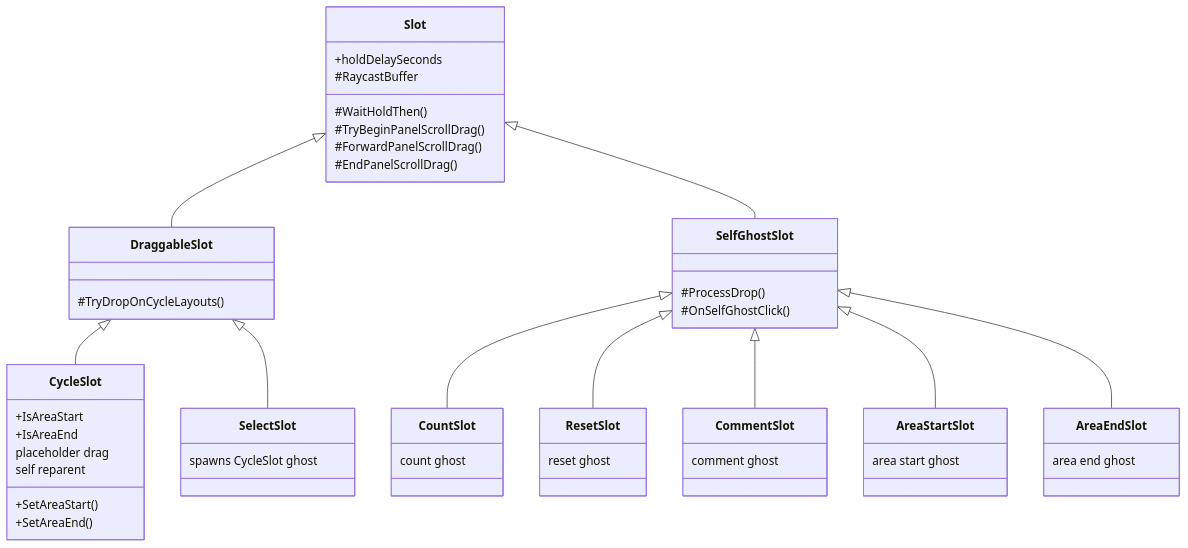
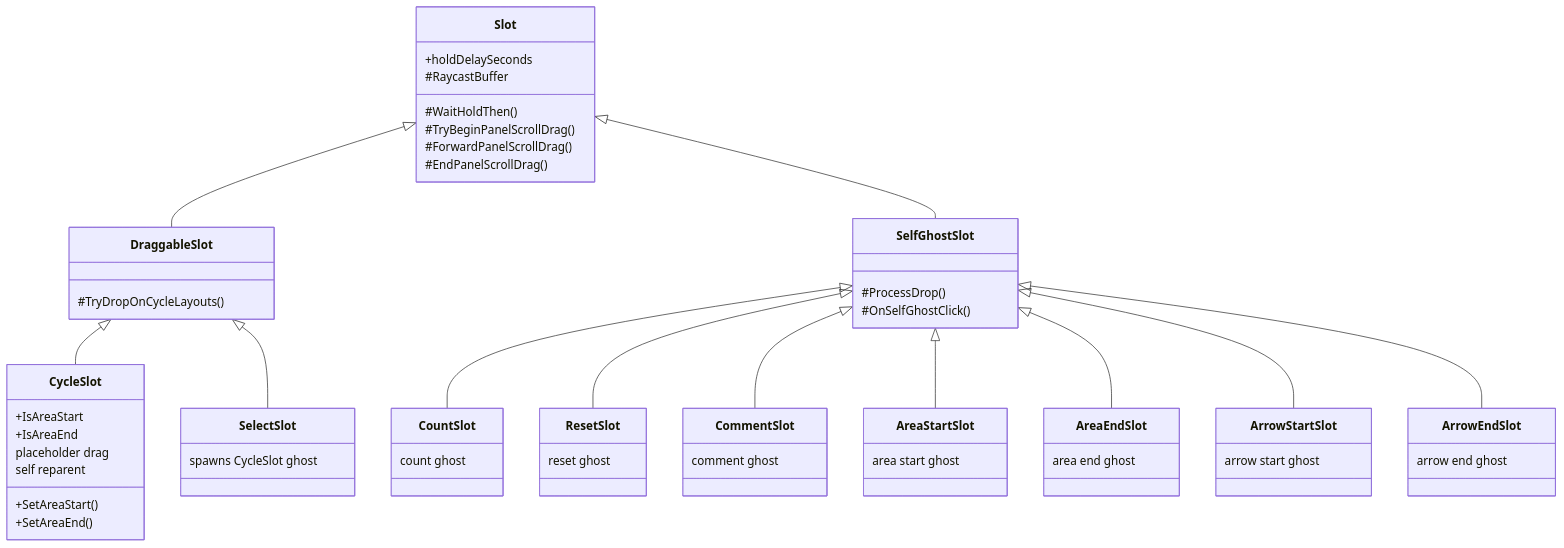
Before and after one commit to KSangMin/CRToA_GuideMaker: the diagram in .ai_context/architecture.md, drawn with Mermaid. The commit also changed other lines of this file and 35 other files, not shown here.

````diff
--- a/.ai_context/architecture.md
+++ b/.ai_context/architecture.md
@@ -11,54 +11,62 @@
 ```mermaid
 classDiagram
     direction TB
   class Slot {
     +holdDelaySeconds
     #WaitHoldThen()
     #TryBeginPanelScrollDrag()
     #ForwardPanelScrollDrag()
     #EndPanelScrollDrag()
     #RaycastBuffer
   }
   class DraggableSlot {
     #TryDropOnCycleLayouts()
   }
   class SelfGhostSlot {
     #ProcessDrop()
     #OnSelfGhostClick()
   }
   class CycleSlot {
     +IsAreaStart
     +IsAreaEnd
     +SetAreaStart()
     +SetAreaEnd()
     placeholder drag
     self reparent
   }
   class SelectSlot {
     spawns CycleSlot ghost
   }
   class CountSlot {
     count ghost
   }
   class ResetSlot {
     reset ghost
   }
   class CommentSlot {
     comment ghost
   }
   class AreaStartSlot {
     area start ghost
   }
   class AreaEndSlot {
     area end ghost
   }
+  class ArrowStartSlot {
+    arrow start ghost
+  }
+  class ArrowEndSlot {
+    arrow end ghost
+  }
   Slot <|-- DraggableSlot
   Slot <|-- SelfGhostSlot
   DraggableSlot <|-- CycleSlot
   DraggableSlot <|-- SelectSlot
   SelfGhostSlot <|-- CountSlot
   SelfGhostSlot <|-- ResetSlot
   SelfGhostSlot <|-- CommentSlot
   SelfGhostSlot <|-- AreaStartSlot
   SelfGhostSlot <|-- AreaEndSlot
+  SelfGhostSlot <|-- ArrowStartSlot
+  SelfGhostSlot <|-- ArrowEndSlot
 ```
````
